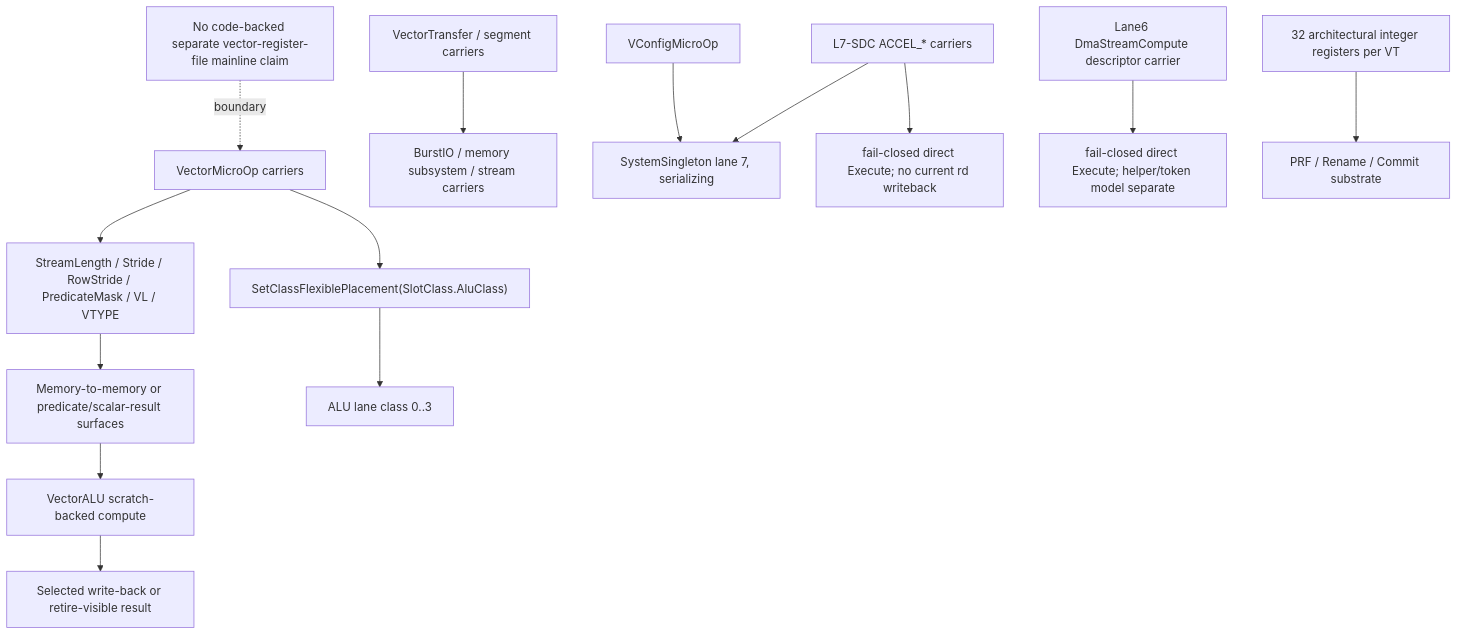
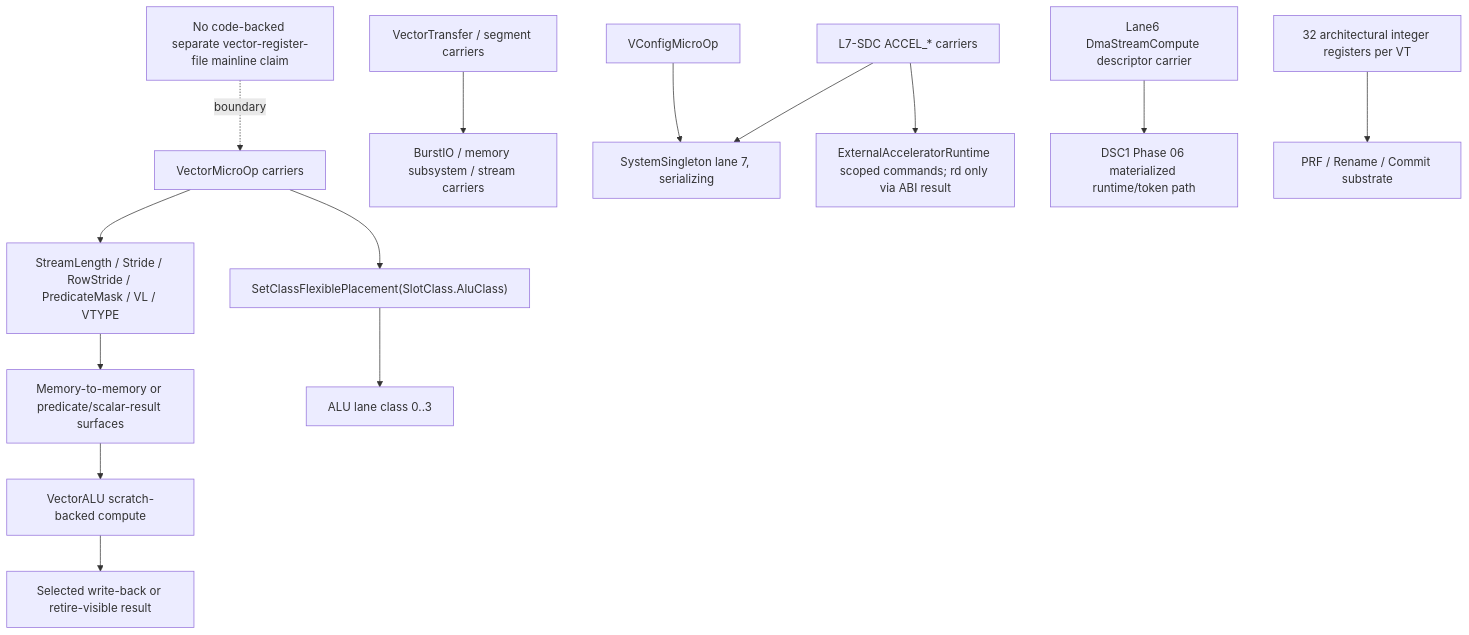
One commit to yuriyyak23/HybridCPU-v2 changed the second of 15 diagrams in README.md. Above: the diagram before and after it, drawn with Mermaid. The commit also changed other lines of this file and 1360 other files, not shown here.

````diff
--- a/README.md
+++ b/README.md
@@ -230,16 +256,16 @@
 ```mermaid
 flowchart TB
     V["VectorMicroOp carriers"] --> POLICY["StreamLength / Stride / RowStride / PredicateMask / VL / VTYPE"]
     POLICY --> MEM["Memory-to-memory or predicate/scalar-result surfaces"]
     MEM --> VALU["VectorALU scratch-backed compute"]
     VALU --> PUB["Selected write-back or retire-visible result"]
     V --> PLACE["SetClassFlexiblePlacement(SlotClass.AluClass)"]
     PLACE --> LANES["ALU lane class 0..3"]
     TRANS["VectorTransfer / segment carriers"] --> STREAM["BurstIO / memory subsystem / stream carriers"]
     CFG["VConfigMicroOp"] --> SYS["SystemSingleton lane 7, serializing"]
     L7SDC["L7-SDC ACCEL_* carriers"] --> SYS
-    L7SDC --> L7CLOSED["fail-closed direct Execute; no current rd writeback"]
-    DSC["Lane6 DmaStreamCompute descriptor carrier"] --> DCLS["fail-closed direct Execute; helper/token model separate"]
+    L7SDC --> L7RUN["ExternalAcceleratorRuntime scoped commands; rd only via ABI result"]
+    DSC["Lane6 DmaStreamCompute descriptor carrier"] --> DSCRUN["DSC1 Phase 06 materialized runtime/token path"]
     GPR["32 architectural integer registers per VT"] --> BACK["PRF / Rename / Commit substrate"]
     NOVRF["No code-backed separate vector-register-file mainline claim"] -. boundary .-> V
 ```
````
